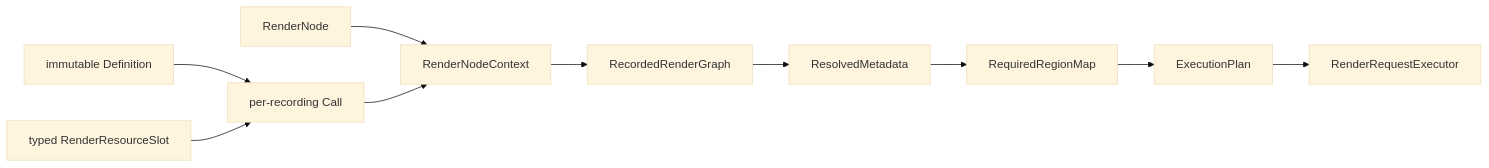
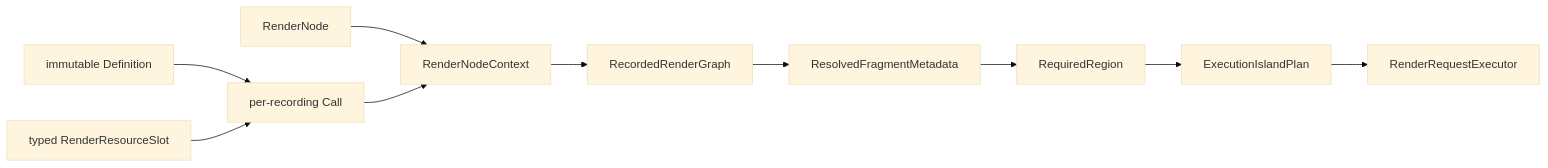
One commit to b-editor/beutl changed the diagram in docs/specs/004-gpu-pass-fusion/data-model.md. Above: the diagram before and after it, drawn with Mermaid (base theme). The commit also changed other lines of this file and 9 other files, not shown here.

````diff
--- a/docs/specs/004-gpu-pass-fusion/data-model.md
+++ b/docs/specs/004-gpu-pass-fusion/data-model.md
@@ -5,12 +5,12 @@
 ```mermaid
 flowchart LR
     N[RenderNode] --> C[RenderNodeContext]
     C --> G[RecordedRenderGraph]
     D[immutable Definition] --> K[per-recording Call]
     S[typed RenderResourceSlot] --> K
     K --> C
-    G --> M[ResolvedMetadata]
-    M --> R[RequiredRegionMap]
-    R --> P[ExecutionPlan]
+    G --> M[ResolvedFragmentMetadata]
+    M --> R[RequiredRegion]
+    R --> P[ExecutionIslandPlan]
     P --> E[RenderRequestExecutor]
 ```
````
